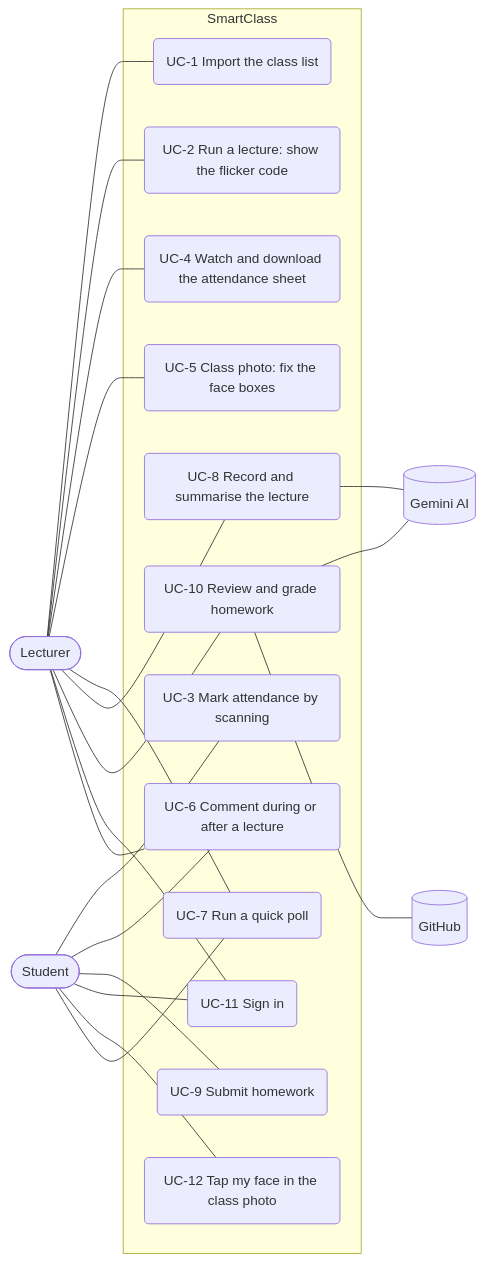
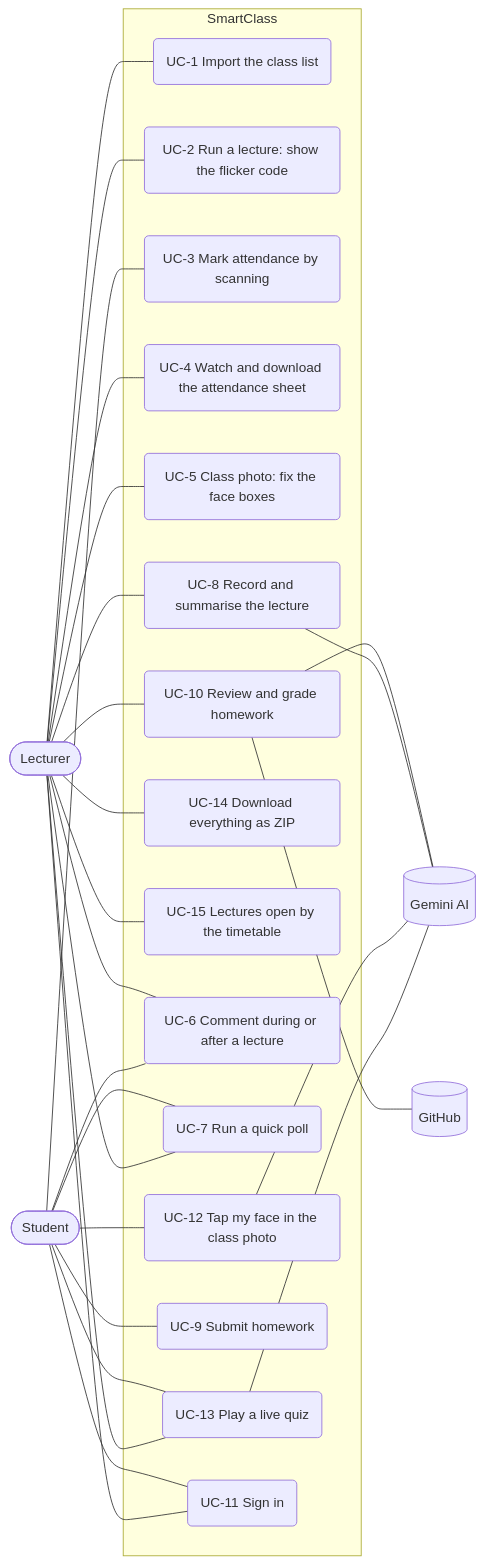
The diagram in docs/04_USE_CASES.md (minion-dog/I2CS_Ex2-smart-class-demo), drawn with Mermaid before and after one commit. The commit also changed other lines of this file and 47 other files, not shown here.

````diff
--- a/docs/04_USE_CASES.md
+++ b/docs/04_USE_CASES.md
@@ -5,28 +5,33 @@
 ```mermaid
 flowchart LR
     L([Lecturer])
     S([Student])
     G[(Gemini AI)]
     H[(GitHub)]
     subgraph SmartClass
         UC1(UC-1 Import the class list)
         UC2(UC-2 Run a lecture: show the flicker code)
         UC3(UC-3 Mark attendance by scanning)
         UC4(UC-4 Watch and download the attendance sheet)
         UC5(UC-5 Class photo: fix the face boxes)
         UC12(UC-12 Tap my face in the class photo)
+        UC13(UC-13 Play a live quiz)
+        UC14(UC-14 Download everything as ZIP)
+        UC15(UC-15 Lectures open by the timetable)
         UC6(UC-6 Comment during or after a lecture)
         UC7(UC-7 Run a quick poll)
         UC8(UC-8 Record and summarise the lecture)
         UC9(UC-9 Submit homework)
         UC10(UC-10 Review and grade homework)
         UC11(UC-11 Sign in)
     end
-    L --- UC1 & UC2 & UC4 & UC5 & UC7 & UC8 & UC10 & UC11
-    S --- UC3 & UC6 & UC9 & UC11 & UC12
+    L --- UC1 & UC2 & UC4 & UC5 & UC7 & UC8 & UC10 & UC11 & UC13 & UC14 & UC15
+    S --- UC3 & UC6 & UC9 & UC11 & UC12 & UC13
+    UC13 --- G
+    UC12 --- G
     L --- UC6
     S --- UC7
     UC8 --- G
     UC10 --- G
     UC10 --- H
 ```
````
